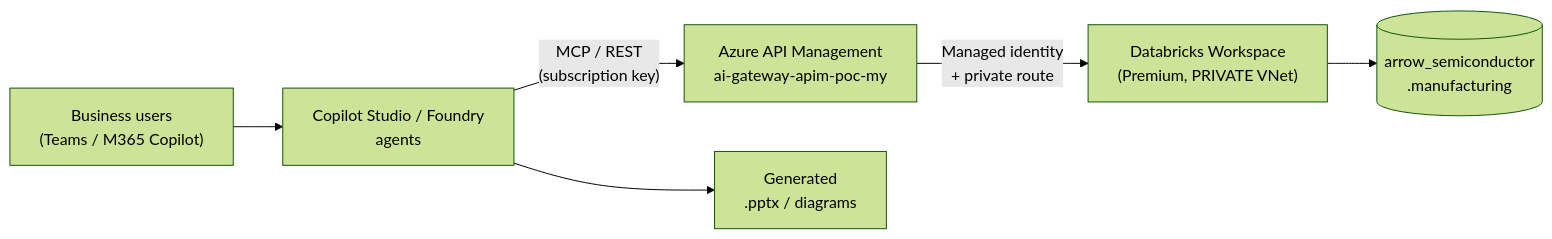
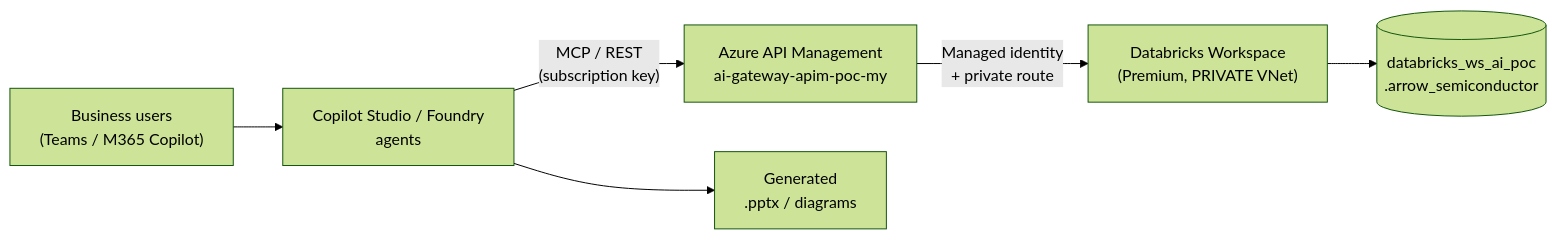
One commit to csdmichael/Azure-Databricks-Private-Agent-APIM changed the diagram in README.md. Above: the diagram before and after it, drawn with Mermaid (forest theme). The commit also changed other lines of this file and 10 other files, not shown here.

````diff
--- a/README.md
+++ b/README.md
@@ -51,8 +51,8 @@
 ```mermaid
 flowchart LR
   U["Business users<br/>(Teams / M365 Copilot)"] --> CS["Copilot Studio / Foundry<br/>agents"]
   CS -->|"MCP / REST<br/>(subscription key)"| APIM["Azure API Management<br/>ai-gateway-apim-poc-my"]
   APIM -->|"Managed identity<br/>+ private route"| DBX["Databricks Workspace<br/>(Premium, PRIVATE VNet)"]
-  DBX --> D[("arrow_semiconductor<br/>.manufacturing")]
+  DBX --> D[("databricks_ws_ai_poc<br/>.arrow_semiconductor")]
   CS --> PPT["Generated<br/>.pptx / diagrams"]
 ```
````
